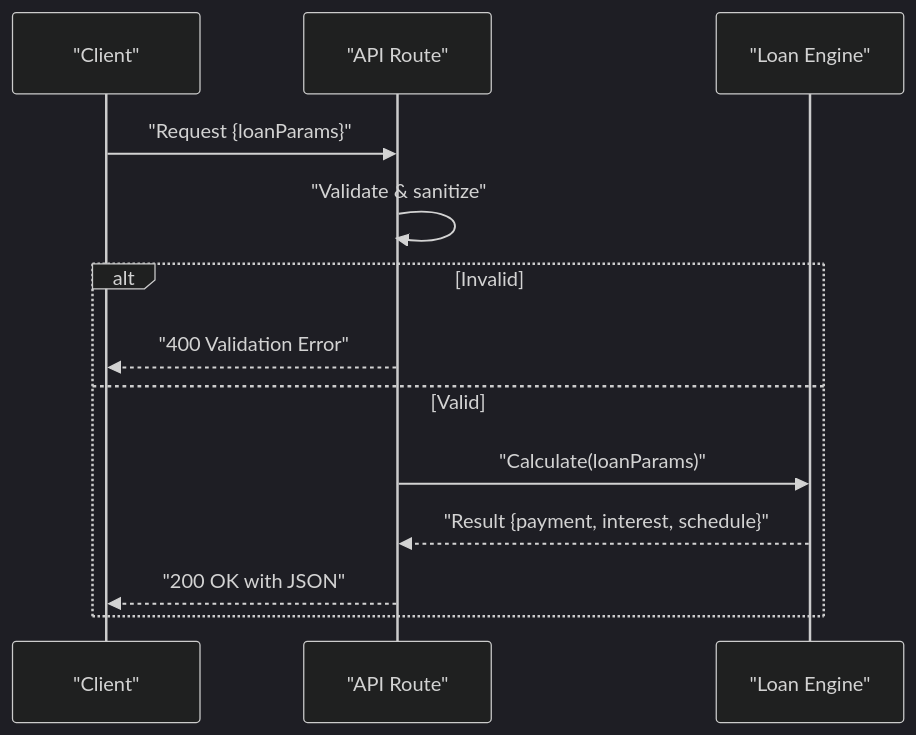
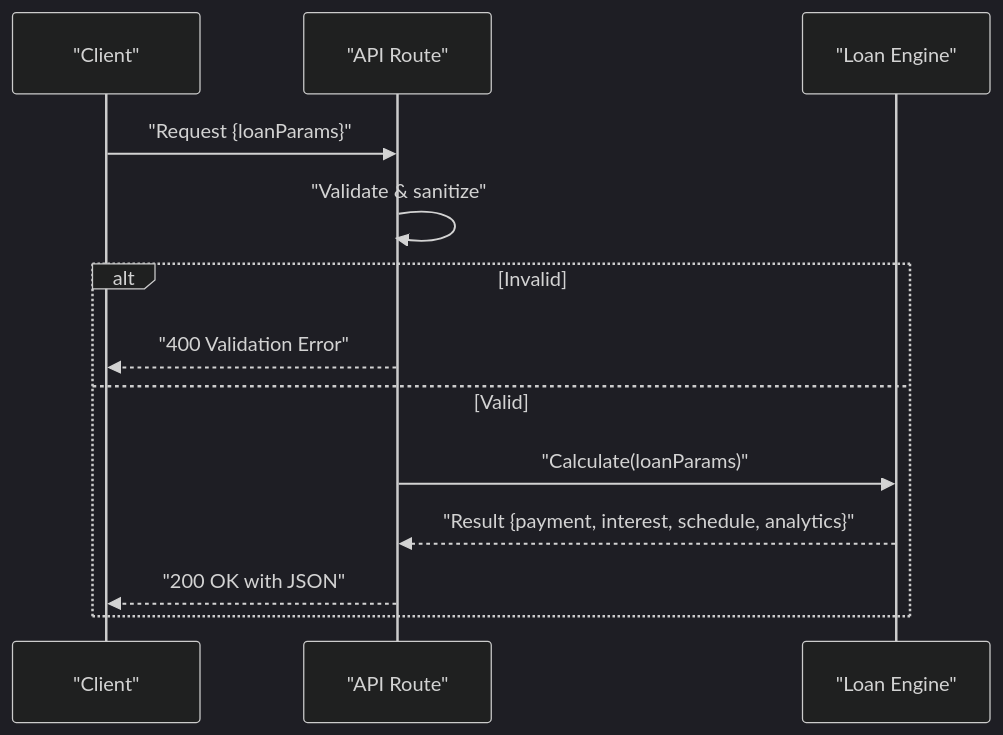
The fourth of 5 diagrams in .qoder/repowiki/en/content/Loan Engine/Core Calculation Engine.md (alibaba-hackathon-fsi/frontend-vaya), drawn with Mermaid (dark theme) before and after one commit. The commit also changed other lines of this file and 77 other files, not shown here.

````diff
--- a/.qoder/repowiki/en/content/Loan Engine/Core Calculation Engine.md
+++ b/.qoder/repowiki/en/content/Loan Engine/Core Calculation Engine.md
@@ -164,15 +208,15 @@
 ```mermaid
 sequenceDiagram
 participant Client as "Client"
 participant Route as "API Route"
 participant Engine as "Loan Engine"
 Client->>Route : "Request {loanParams}"
 Route->>Route : "Validate & sanitize"
 alt Invalid
 Route-->>Client : "400 Validation Error"
 else Valid
 Route->>Engine : "Calculate(loanParams)"
-Engine-->>Route : "Result {payment, interest, schedule}"
+Engine-->>Route : "Result {payment, interest, schedule, analytics}"
 Route-->>Client : "200 OK with JSON"
 end
 ```
````
